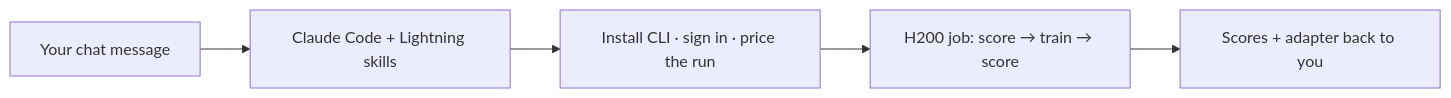
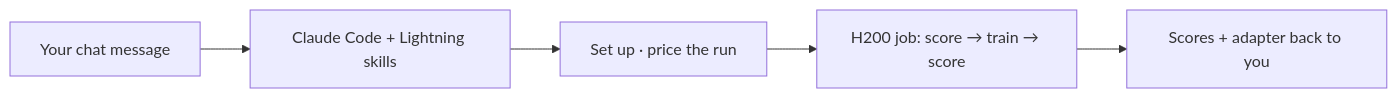
The diagram in examples/finetune-eval/README.md (Lightning-AI/skills), drawn with Mermaid before and after one commit. The commit also changed other lines of this file and 2 other files, not shown here.

Commit message:
docs(examples): switch the fine-tune tutorial to a 10-minute tool-calling run

````diff
--- a/examples/finetune-eval/README.md
+++ b/examples/finetune-eval/README.md
@@ -7,7 +8,7 @@
 ```mermaid
 flowchart LR
     A[Your chat message] --> B[Claude Code + Lightning skills]
-    B --> C[Install CLI · sign in · price the run]
+    B --> C[Set up · price the run]
     C --> D[H200 job: score → train → score]
     D --> E[Scores + adapter back to you]
 ```
````
